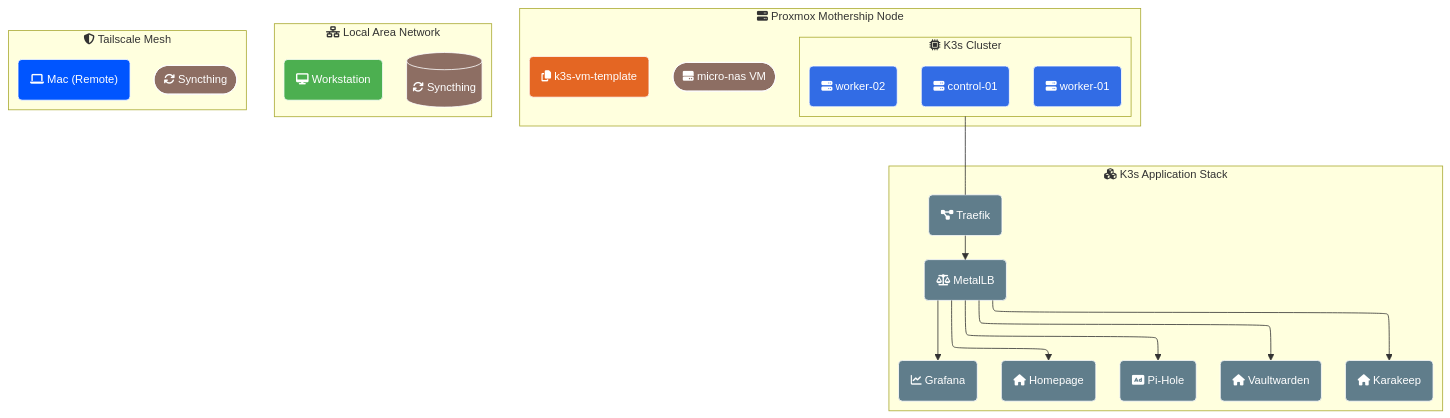
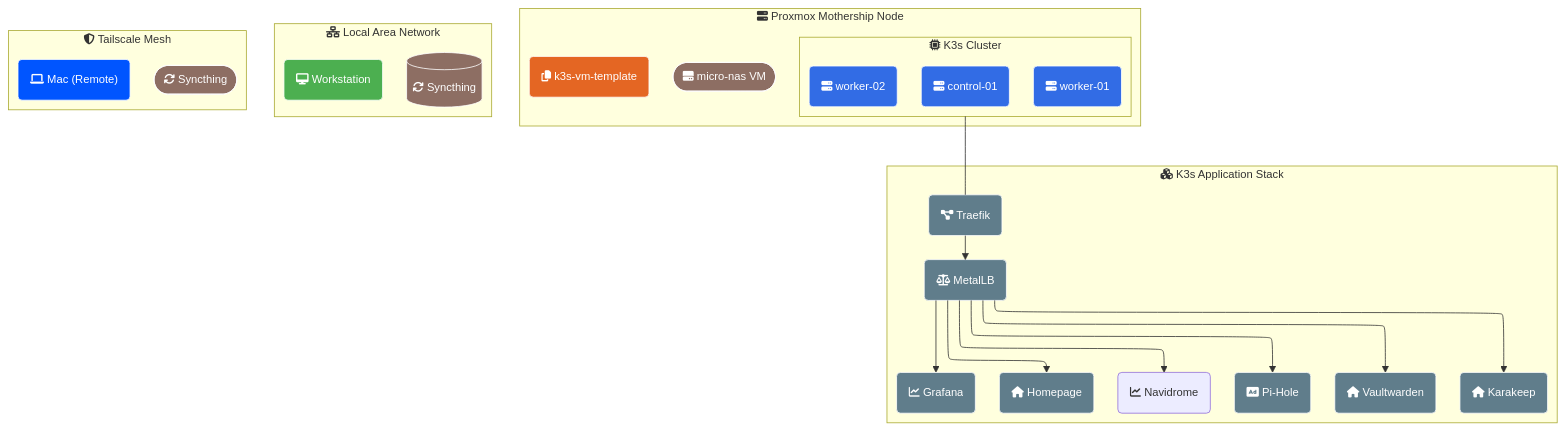
Before and after one commit to ManuelSaleta/homelab: the diagram in README.md, drawn with Mermaid. The commit also changed other lines of this file and 2 other files, not shown here.

Commit message:
Feature: Adds Music Streaming Server - Adds navidrome manifest for deploying a music server - Cleans up the readme, with more up-to date info. - Cleans up the makefile, DRY-ing some of the recipes.

````diff
--- a/README.md
+++ b/README.md
@@ -13,74 +13,76 @@
 ```mermaid
 ---
 config:
   theme: mc
   themeVariables:
     fontFamily: ''
     fontSize: 14px
   layout: elk
 ---
 flowchart TD
     classDef k3s fill:#326ce5,stroke:#fff,color:#fff;
     classDef cloudflare fill:#f38020,stroke:#fff,color:#fff;
     classDef proxmox fill:#e46623,stroke:#fff,color:#fff;
     classDef storage fill:#8d6e63,stroke:#fff,color:#fff;
     classDef network fill:#4caf50,stroke:#fff,color:#fff;
     classDef app fill:#607d8b,stroke:#fff,color:#fff;
     classDef tailscale fill:#0055ff,stroke:#fff,color:#fff;
     subgraph Proxmox_Mothership["fa:fa-server Proxmox Mothership Node"]
         direction TB
         micro_nas[("fa:fa-hdd micro-nas VM")]:::storage
 
         subgraph K3s_Cluster["fa:fa-microchip K3s Cluster"]
             direction LR
             control["fa:fa-server control-01"]:::k3s
             worker1["fa:fa-server worker-01"]:::k3s
             worker2["fa:fa-server worker-02"]:::k3s
         end
         vm_template["fa:fa-copy k3s-vm-template"]:::proxmox
     end
 
     subgraph Local_LAN["fa:fa-network-wired Local Area Network"]
         fedora["fa:fa-desktop Workstation" ]:::network
         syncthing[("fa:fa-sync Syncthing")]:::storage
     end
 
     subgraph Tailnet["fa:fa-shield-alt Tailscale Mesh"]
         mac["fa:fa-laptop Mac (Remote)"]:::tailscale
         nas_node[("fa:fa-sync Syncthing")]:::storage
     end
 
     subgraph K3s_Apps["fa:fa-cubes K3s Application Stack"]
         Traefik["fa:fa-project-diagram Traefik"]:::app
         MetalLB["fa:fa-balance-scale MetalLB"]:::app
         Homepage["fa:fa-home Homepage"]:::app
         Vaultwarden["fa:fa-home Vaultwarden"]:::app
         Karakeep["fa:fa-home Karakeep"]:::app
         PiHole["fa:fa-ad Pi-Hole"]:::app
         Grafana["fa:fa-chart-line Grafana"]:::app
+        Navidrome["fa:fa-chart-line Navidrome"]:::server
     end
 
     Traefik --> MetalLB
-    MetalLB --> Homepage & PiHole & Grafana & Vaultwarden & Karakeep
+    MetalLB --> Homepage & PiHole & Grafana & Vaultwarden & Karakeep & Navidrome
     K3s_Cluster --- Traefik
     K3s_Cluster@{ shape: rounded }
     Proxmox_Mothership@{ shape: rounded }
     Local_LAN@{ shape: rounded }
     Tailnet@{ shape: rounded }
     K3s_Apps@{ shape: rounded }
     micro_nas@{ shape: stadium }
     nas_node@{ shape: stadium }
     control@{ shape: rounded }
     worker1@{ shape: rounded }
     worker2@{ shape: rounded }
     Traefik@{ shape: rounded }
     MetalLB@{ shape: rounded }
     Homepage@{ shape: rounded }
     Vaultwarden@{ shape: rounded }
     Karakeep@{ shape: rounded }
     PiHole@{ shape: rounded }
     Grafana@{ shape: rounded }
+    Navidrome@{ shape: rounded }
     fedora@{ shape: rounded }
     mac@{ shape: rounded }
     vm_template@{ shape: rounded }
 ```
````
